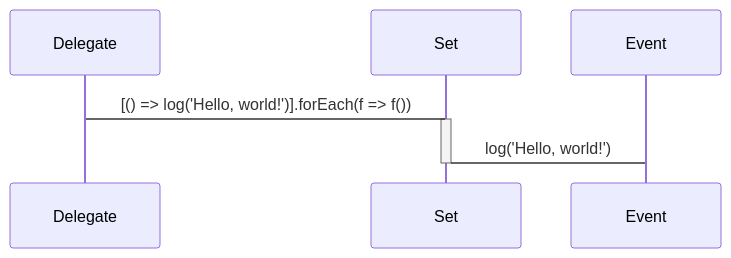
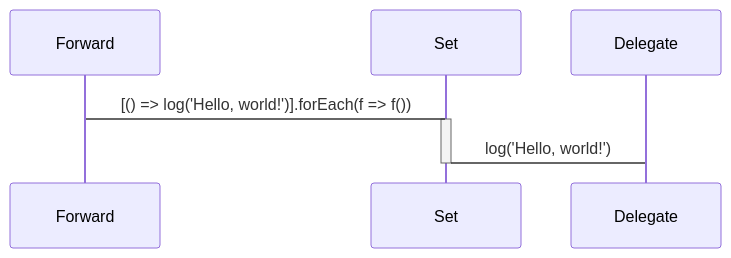
The second of 6 diagrams in README.md (domrally/peekeasy), drawn with Mermaid before and after one commit. The commit also changed other lines of this file, not shown here.

````diff
--- a/README.md
+++ b/README.md
@@ -81,7 +81,7 @@
 ```mermaid
 sequenceDiagram
-    Delegate->Set: [() => log('Hello, world!')].forEach(f => f())
+    Forward->Set: [() => log('Hello, world!')].forEach(f => f())
     activate Set
-    Set->Event: log('Hello, world!')
+    Set->Delegate: log('Hello, world!')
     deactivate Set
 ```
````
